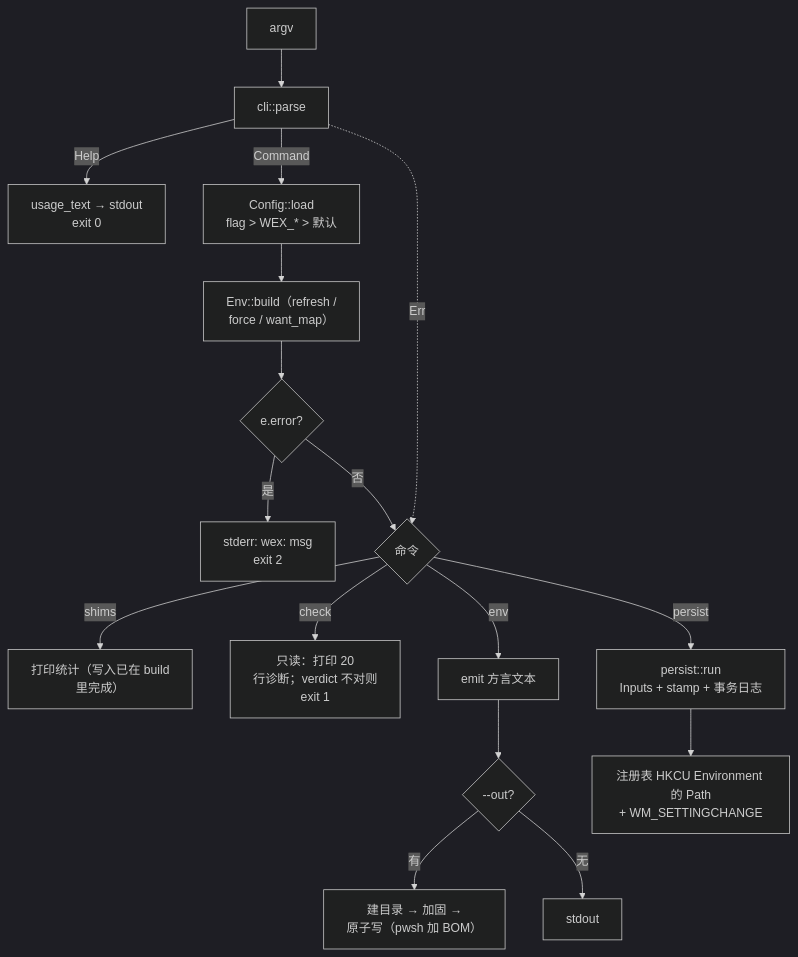
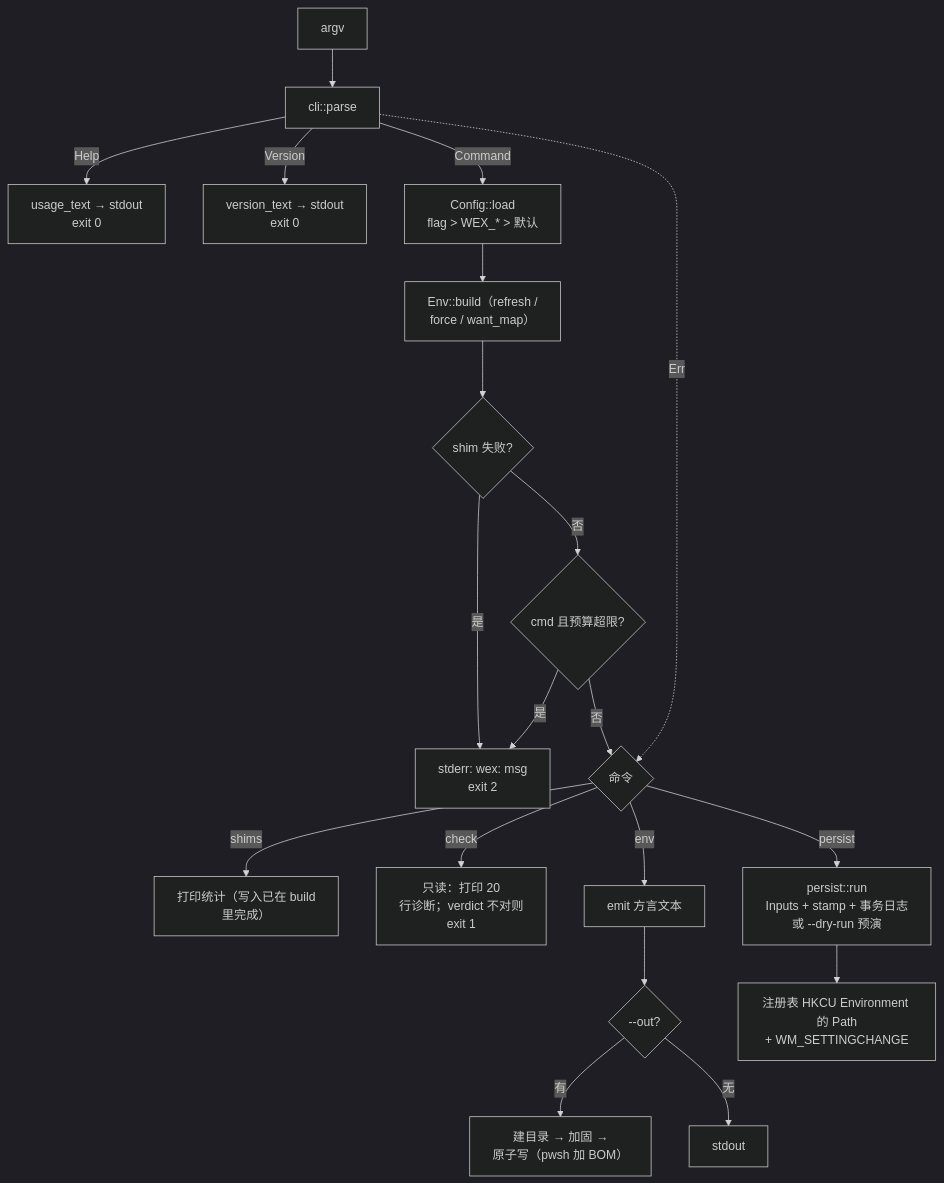
Before and after one commit to freezed-corpse-143/freezed-corpse-143.github.io: the third of 3 diagrams in content/github项目/WinEnvInject.md, drawn with Mermaid (dark theme). The commit also changed other lines of this file and 1 other file, not shown here.

````diff
--- a/content/github项目/WinEnvInject.md
+++ b/content/github项目/WinEnvInject.md
@@ -937,28 +964,31 @@
 ```mermaid
 flowchart TD
     A["argv"] --> B["cli::parse"]
 
     B -->|Help| C["usage_text → stdout<br/>exit 0"]
+    B -->|Version| V["version_text → stdout<br/>exit 0"]
     B -->|Command| D["Config::load<br/>flag > WEX_* > 默认"]
 
     D --> E["Env::build（refresh /<br/>force / want_map）"]
 
-    E --> F{"e.error?"}
+    E --> F{"shim 失败?"}
 
     F -->|是| G["stderr: wex: msg<br/>exit 2"]
-    F -->|否| H{"命令"}
+    F -->|否| F2{"cmd 且预算超限?"}
+    F2 -->|是| G
+    F2 -->|否| H{"命令"}
 
     H -->|shims| I["打印统计（写入已在 build<br/>里完成）"]
     H -->|check| J["只读：打印 20<br/>行诊断；verdict 不对则<br/>exit 1"]
     H -->|env| K["emit 方言文本"]
-    H -->|persist| P["persist::run<br/>Inputs + stamp + 事务日志"]
+    H -->|persist| P["persist::run<br/>Inputs + stamp + 事务日志<br/>或 --dry-run 预演"]
 
     K --> L{"--out?"}
 
     L -->|有| M["建目录 → 加固 →<br/>原子写（pwsh 加 BOM）"]
     L -->|无| N["stdout"]
 
     P --> Q["注册表 HKCU Environment 的 Path<br/>+ WM_SETTINGCHANGE"]
 
     B -.->|Err| H
 ```
````
